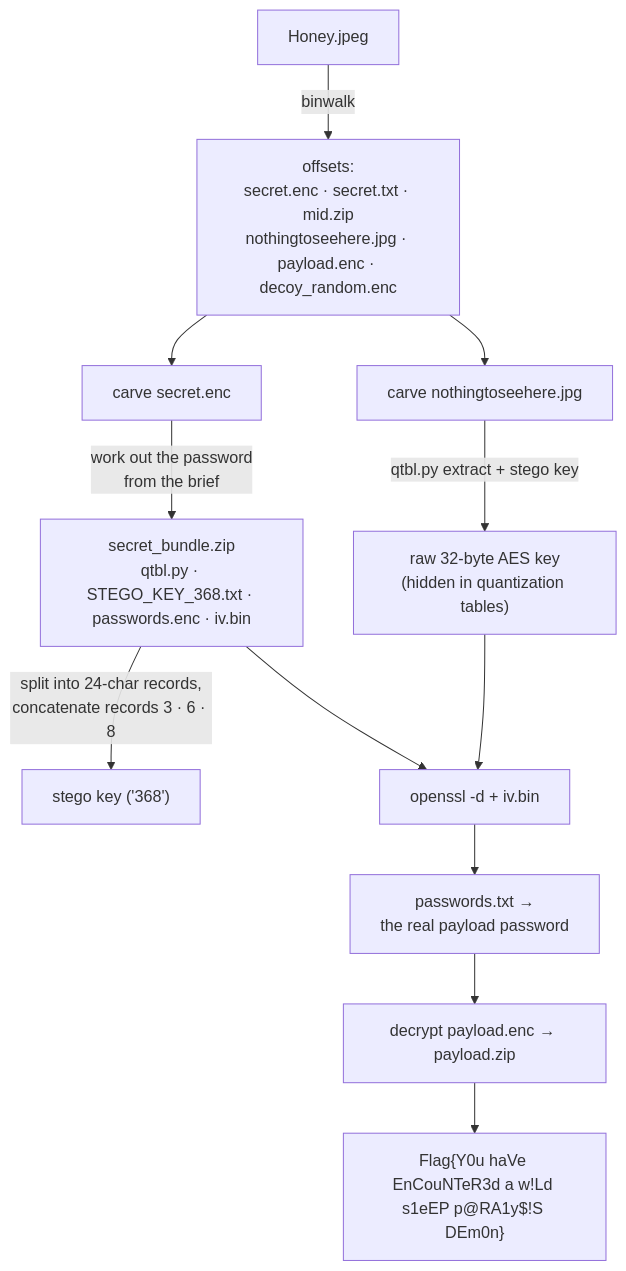
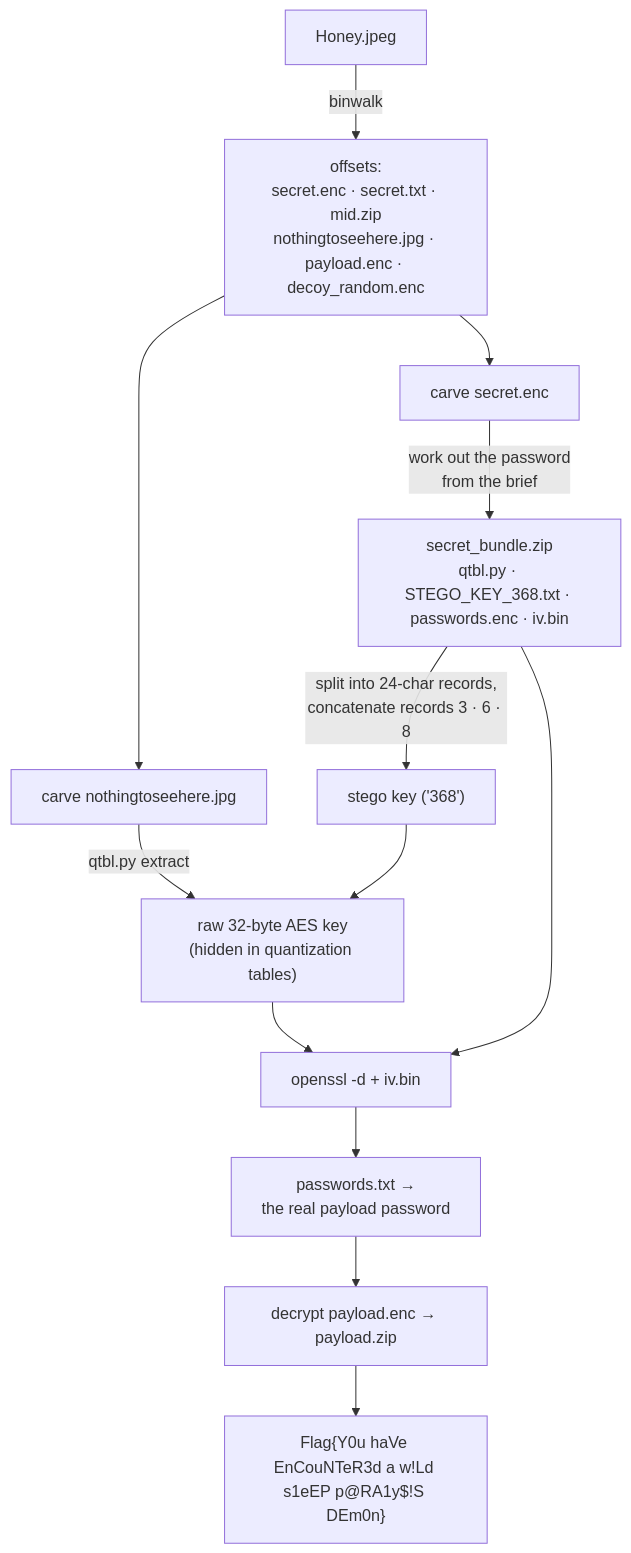
One commit to jdtherobot/jdtherobot.github.io changed the diagram in src/content/readmes/steganography-ctf/lvl-3.md. Above: the diagram before and after it, drawn with Mermaid. The commit also changed 8 other files, not shown here.

````diff
--- a/src/content/readmes/steganography-ctf/lvl-3.md
+++ b/src/content/readmes/steganography-ctf/lvl-3.md
@@ -20,14 +20,15 @@
 ```mermaid
 flowchart TD
   H["Honey.jpeg"] -->|binwalk| OFF["offsets:<br/>secret.enc · secret.txt · mid.zip<br/>nothingtoseehere.jpg · payload.enc · decoy_random.enc"]
   OFF --> SE["carve secret.enc"]
   SE -->|"work out the password<br/>from the brief"| BUN["secret_bundle.zip<br/>qtbl.py · STEGO_KEY_368.txt · passwords.enc · iv.bin"]
   BUN -->|"split into 24-char records,<br/>concatenate records 3 · 6 · 8"| KB["stego key ('368')"]
   OFF --> NJ["carve nothingtoseehere.jpg"]
-  NJ -->|"qtbl.py extract + stego key"| AK["raw 32-byte AES key<br/>(hidden in quantization tables)"]
+  NJ -->|"qtbl.py extract"| AK["raw 32-byte AES key<br/>(hidden in quantization tables)"]
+  KB --> AK
   AK --> DP["openssl -d + iv.bin"]
   BUN --> DP
   DP --> PW["passwords.txt →<br/>the real payload password"]
   PW --> PL["decrypt payload.enc → payload.zip"]
   PL --> FLAG["Flag{Y0u haVe EnCouNTeR3d a w!Ld s1eEP p@RA1y$!S DEm0n}"]
 ```
````
